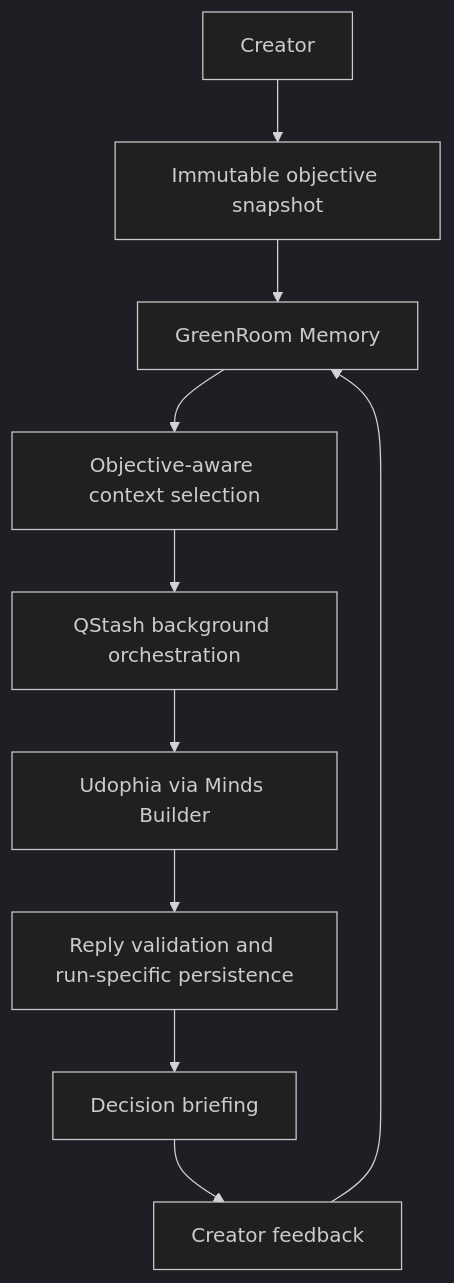
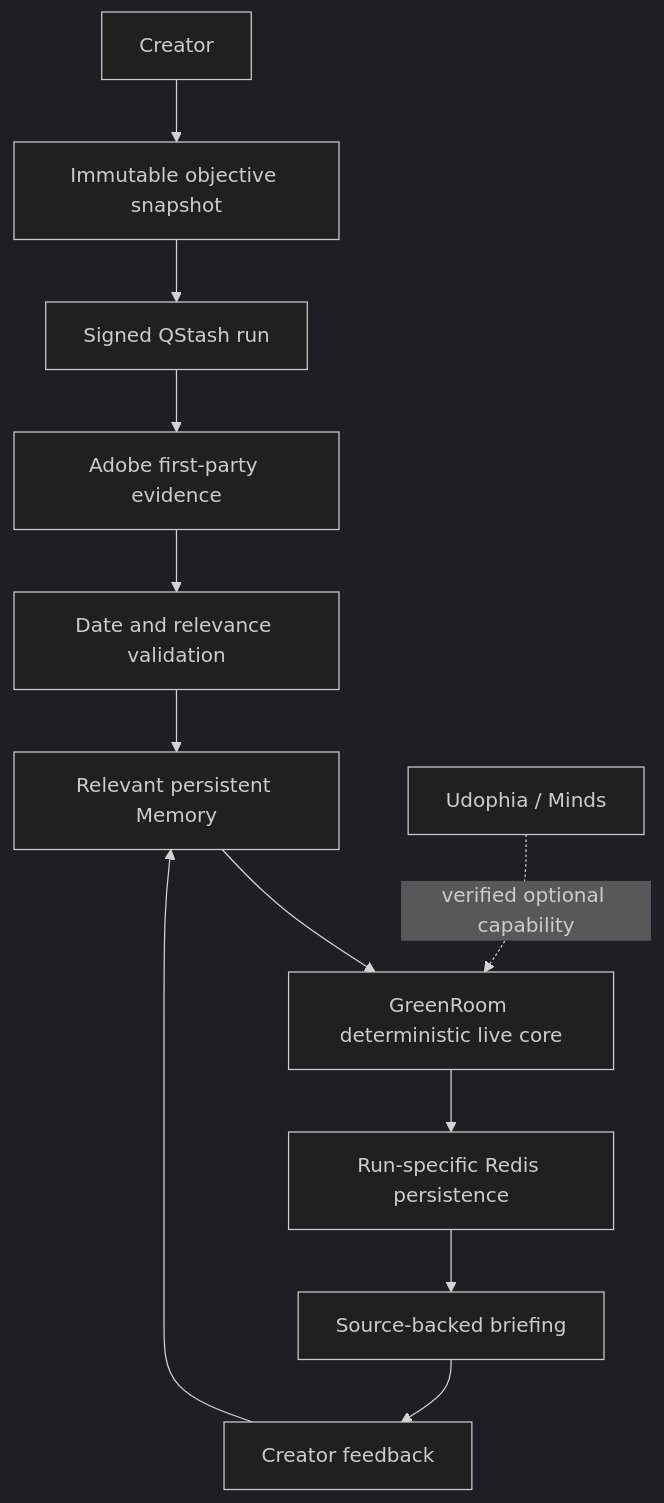
One commit to YakiUdoph/GreenRoom changed the diagram in README.md. Above: the diagram before and after it, drawn with Mermaid (dark theme). The commit also changed other lines of this file and 16 other files, not shown here.

````diff
--- a/README.md
+++ b/README.md
@@ -42,12 +83,14 @@
 ```mermaid
 flowchart TD
     C[Creator] --> O[Immutable objective snapshot]
-    O --> M[GreenRoom Memory]
-    M --> X[Objective-aware context selection]
-    X --> Q[QStash background orchestration]
-    Q --> U[Udophia via Minds Builder]
-    U --> V[Reply validation and run-specific persistence]
-    V --> B[Decision briefing]
+    O --> Q[Signed QStash run]
+    Q --> E[Adobe first-party evidence]
+    E --> V[Date and relevance validation]
+    V --> M[Relevant persistent Memory]
+    M --> D[GreenRoom deterministic live core]
+    D --> P[Run-specific Redis persistence]
+    P --> B[Source-backed briefing]
     B --> F[Creator feedback]
     F --> M
+    U[Udophia / Minds] -. verified optional capability .-> D
 ```
````
